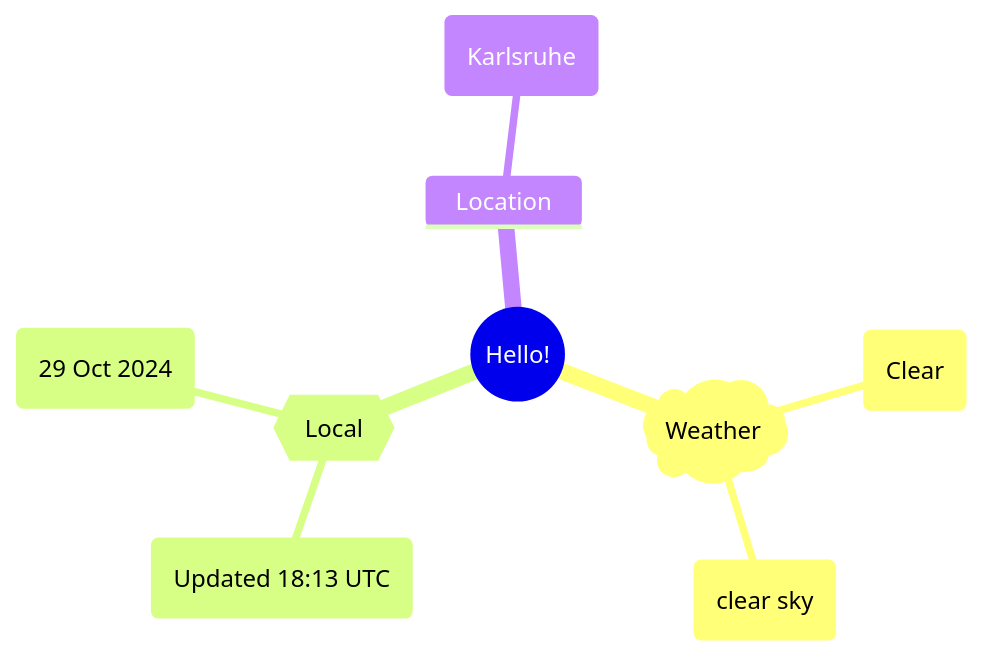
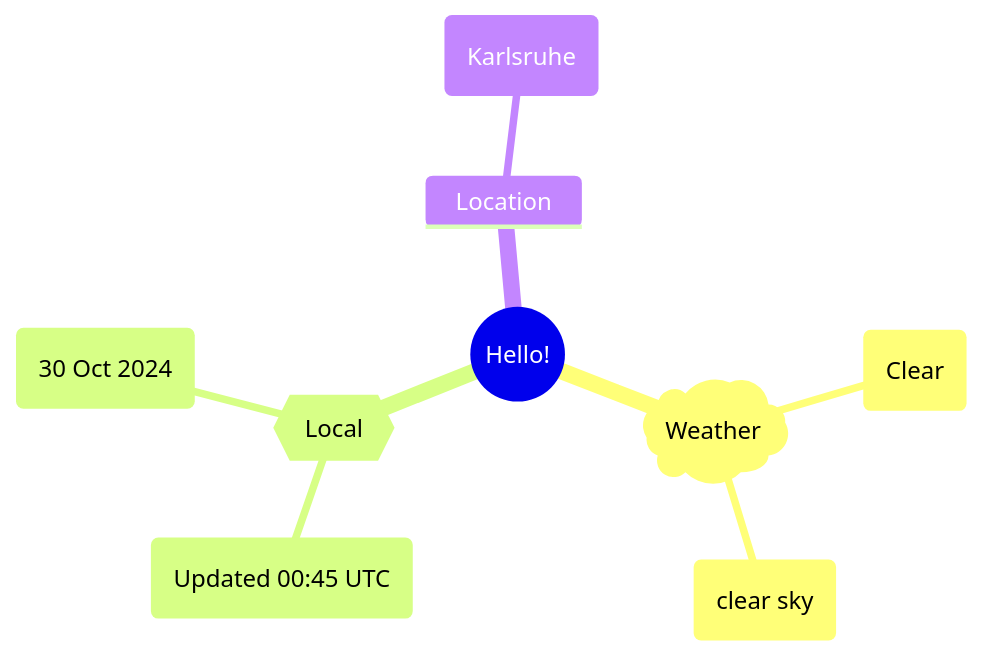
The first of 2 diagrams in README.md (Xosrov/Xosrov), drawn with Mermaid before and after one commit.

Commit message:
[bot] updated images

````diff
--- a/README.md
+++ b/README.md
@@ -3,12 +3,12 @@
 ```mermaid
 mindmap
   root((Hello!))
     )Weather(
         (Clear)
         (clear sky)
     {{Local}}
-        (Updated 18:13 UTC)
-        (29 Oct 2024)
+        (Updated 00:45 UTC)
+        (30 Oct 2024)
     Location
         (Karlsruhe)
 ```
````
